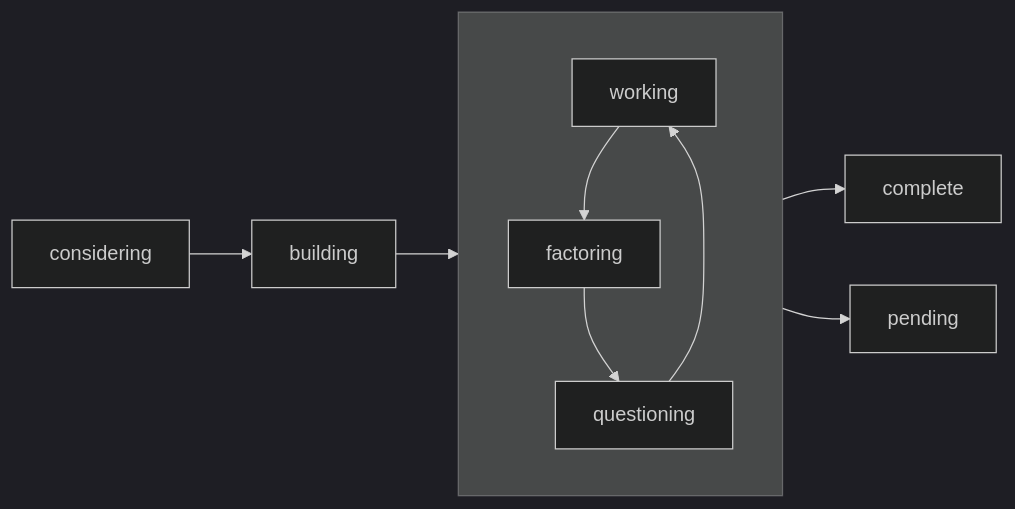
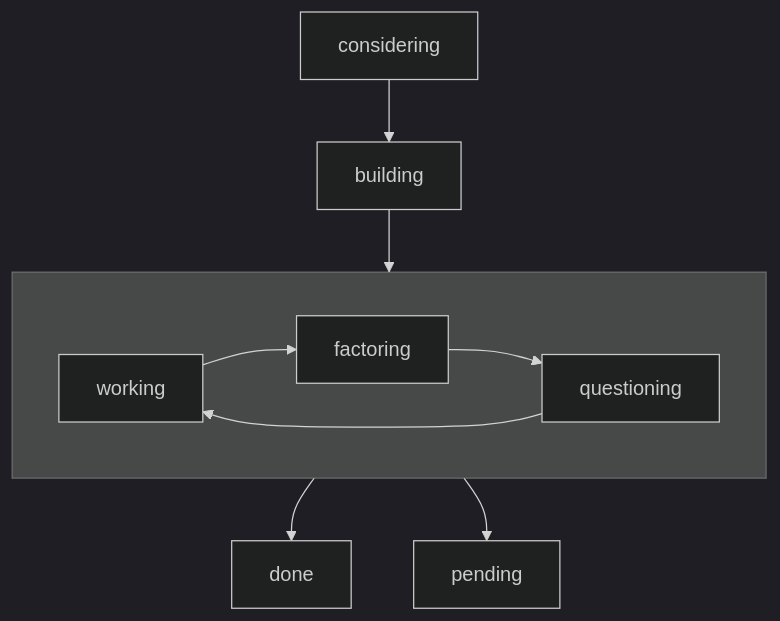
One commit to shah-in-boots/notes changed the diagram in README.md. Above: the diagram before and after it, drawn with Mermaid (dark theme). The commit also changed other lines of this file and 30 other files, not shown here.

````diff
--- a/README.md
+++ b/README.md
@@ -47,12 +47,12 @@
 ```mermaid
-flowchart LR
+flowchart TD
 	considering --> building
 	building --> active
 	subgraph active[ ]
 		working --> factoring
 		factoring --> questioning
 		questioning --> working
 	end
-	active --> complete
+	active --> done
 	active --> pending
 ```
````
